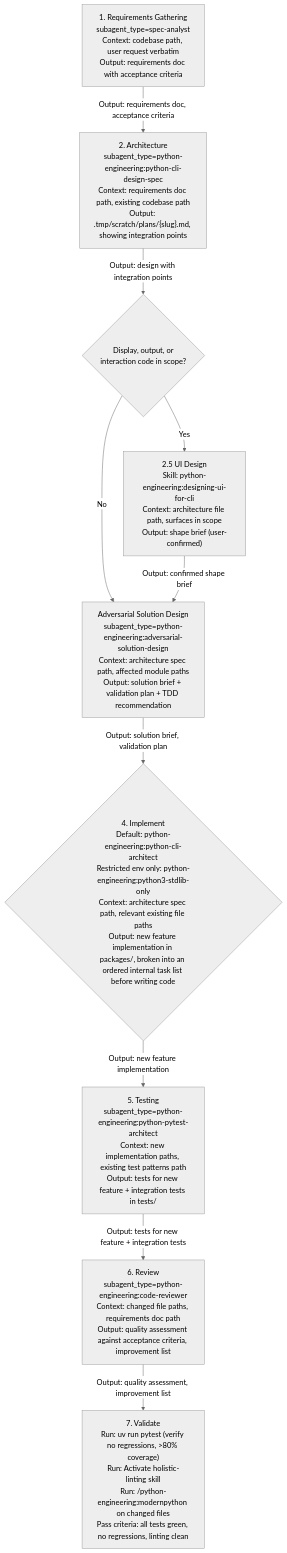
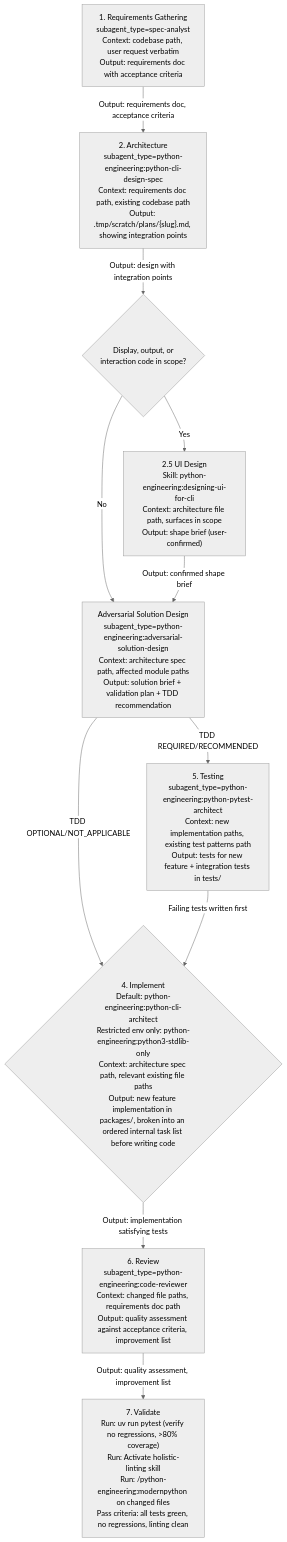
The second of 6 diagrams in plugins/python-engineering/skills/orchestrating-python-development/SKILL.md (Jamie-BitFlight/claude_skills), drawn with Mermaid (neutral theme) before and after one commit. The commit also changed other lines of this file, not shown here.

Commit message:
fix(python-engineering): consume TDD and test-baseline decisions

````diff
--- a/plugins/python-engineering/skills/orchestrating-python-development/SKILL.md
+++ b/plugins/python-engineering/skills/orchestrating-python-development/SKILL.md
@@ -104,21 +104,22 @@
 ```mermaid
 flowchart TD
     S1["1. Requirements Gathering<br>subagent_type=spec-analyst<br>Context: codebase path, user request verbatim<br>Output: requirements doc with acceptance criteria"]
     S2["2. Architecture<br>subagent_type=python-engineering:python-cli-design-spec<br>Context: requirements doc path, existing codebase path<br>Output: .tmp/scratch/plans/{slug}.md, showing integration points"]
     S4{"4. Implement<br>Default: python-engineering:python-cli-architect<br>Restricted env only: python-engineering:python3-stdlib-only<br>Context: architecture spec path, relevant existing file paths<br>Output: new feature implementation in packages/, broken into an ordered internal task list before writing code"}
     S5["5. Testing<br>subagent_type=python-engineering:python-pytest-architect<br>Context: new implementation paths, existing test patterns path<br>Output: tests for new feature + integration tests in tests/"]
     S6["6. Review<br>subagent_type=python-engineering:code-reviewer<br>Context: changed file paths, requirements doc path<br>Output: quality assessment against acceptance criteria, improvement list"]
     S7["7. Validate<br>Run: uv run pytest (verify no regressions, >80% coverage)<br>Run: Activate holistic-linting skill<br>Run: /python-engineering:modernpython on changed files<br>Pass criteria: all tests green, no regressions, linting clean"]
     S1 -->|"Output: requirements doc, acceptance criteria"| S2
     S2Q{"Display, output, or<br>interaction code in scope?"}
     S2B["2.5 UI Design<br>Skill: python-engineering:designing-ui-for-cli<br>Context: architecture file path, surfaces in scope<br>Output: shape brief (user-confirmed)"]
     S2 -->|"Output: design with integration points"| S2Q
     S2Q -->|"No"| S_AD2
     S2Q -->|"Yes"| S2B
     S2B -->|"Output: confirmed shape brief"| S_AD2
     S_AD2["Adversarial Solution Design<br>subagent_type=python-engineering:adversarial-solution-design<br>Context: architecture spec path, affected module paths<br>Output: solution brief + validation plan + TDD recommendation"]
-    S_AD2 -->|"Output: solution brief, validation plan"| S4
-    S4 -->|"Output: new feature implementation"| S5
-    S5 -->|"Output: tests for new feature + integration tests"| S6
+    S_AD2 -->|"TDD REQUIRED/RECOMMENDED"| S5
+    S_AD2 -->|"TDD OPTIONAL/NOT_APPLICABLE"| S4
+    S5 -->|"Failing tests written first"| S4
+    S4 -->|"Output: implementation satisfying tests"| S6
     S6 -->|"Output: quality assessment, improvement list"| S7
 ```
````
